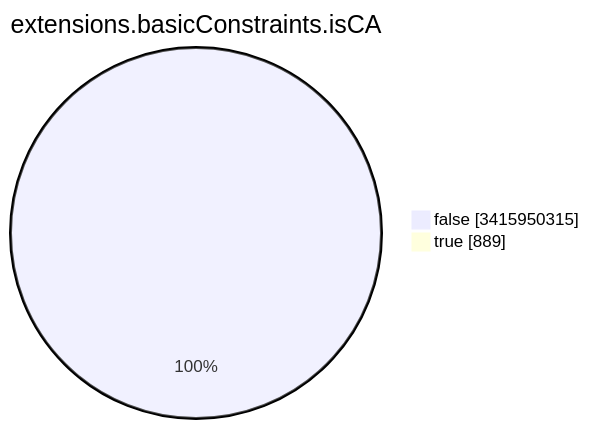
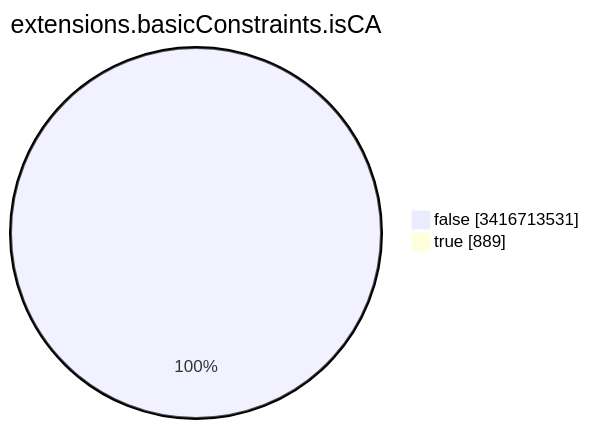
The seventh of 15 diagrams in TOTAL/README.md (christiankrug/ctmonitor_visualization), drawn with Mermaid before and after one commit. The commit also changed other lines of this file, not shown here.

````diff
--- a/TOTAL/README.md
+++ b/TOTAL/README.md
@@ -3092,6 +3092,6 @@
 ```mermaid
 pie showData
 title extensions.basicConstraints.isCA
-"false" :3415950315
+"false" :3416713531
 "true" :889
 ```
````
